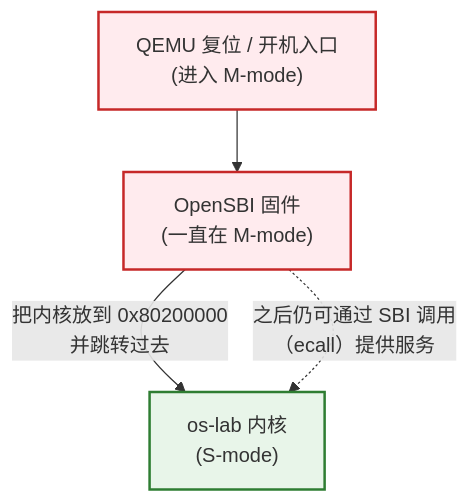
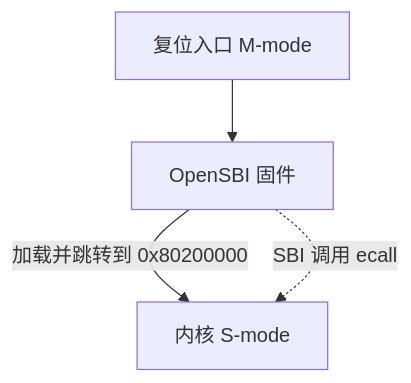
One commit to AM-SuSh/EVOLVE changed the first of 2 diagrams in os-lab/labs/lab1-bare-metal.md. Above: the diagram before and after it, drawn with Mermaid. The commit also changed other lines of this file and 9 other files, not shown here.

````diff
--- a/os-lab/labs/lab1-bare-metal.md
+++ b/os-lab/labs/lab1-bare-metal.md
@@ -72,11 +66,6 @@
 ```mermaid
 graph TD
-    ROM["QEMU 复位 / 开机入口<br/>(进入 M-mode)"] --> OpenSBI["OpenSBI 固件<br/>(一直在 M-mode)"]
-    OpenSBI -->|"把内核放到 0x80200000<br/>并跳转过去"| Kernel["os-lab 内核<br/>(S-mode)"]
-    OpenSBI -.->|"之后仍可通过 SBI 调用<br/>（ecall）提供服务"| Kernel
-
-    classDef mmode fill:#ffebee,stroke:#c62828,stroke-width:2px;
-    classDef smode fill:#e8f5e9,stroke:#2e7d32,stroke-width:2px;
-    class ROM,OpenSBI mmode;
-    class Kernel smode;
+    ROM["复位入口 M-mode"] --> OpenSBI["OpenSBI 固件"]
+    OpenSBI -->|"加载并跳转到 0x80200000"| Kernel["内核 S-mode"]
+    OpenSBI -.->|"SBI 调用 ecall"| Kernel
 ```
````
